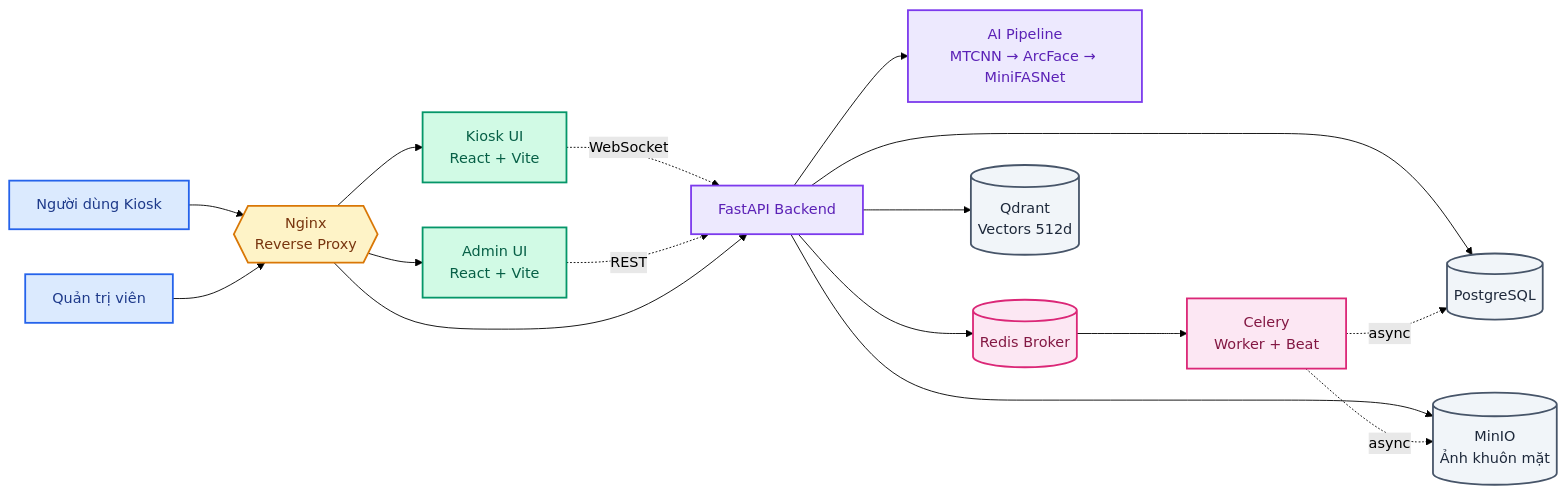
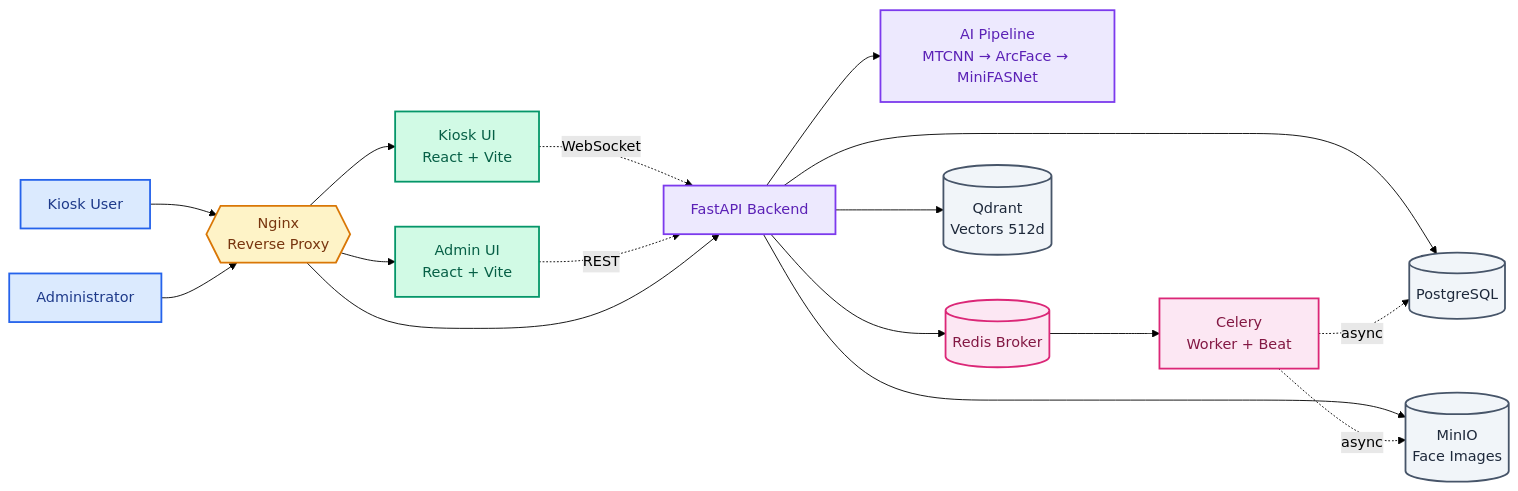
The diagram in README.md (levfu/face-recognition-system), drawn with Mermaid (forest theme) before and after one commit. The commit also changed other lines of this file, not shown here.

````diff
--- a/README.md
+++ b/README.md
@@ -48,50 +48,50 @@
 ```mermaid
 graph LR
-    EU["Người dùng Kiosk"]
-    ADM["Quản trị viên"]
+    EU["Kiosk User"]
+    ADM["Administrator"]
 
     NGINX{{"Nginx<br/>Reverse Proxy"}}
 
     KIOSK["Kiosk UI<br/>React + Vite"]
     ADMINUI["Admin UI<br/>React + Vite"]
 
     API["FastAPI Backend"]
     AI["AI Pipeline<br/>MTCNN → ArcFace → MiniFASNet"]
 
     REDIS[("Redis Broker")]
     CELERY["Celery<br/>Worker + Beat"]
 
     PG[("PostgreSQL")]
     QDRANT[("Qdrant<br/>Vectors 512d")]
-    MINIO[("MinIO<br/>Ảnh khuôn mặt")]
+    MINIO[("MinIO<br/>Face Images")]
 
     EU --> NGINX
     ADM --> NGINX
     NGINX --> KIOSK
     NGINX --> ADMINUI
     KIOSK -. WebSocket .-> API
     ADMINUI -. REST .-> API
     NGINX --> API
     API --> AI
     API --> PG
     API --> QDRANT
     API --> MINIO
     API --> REDIS
     REDIS --> CELERY
     CELERY -. async .-> PG
     CELERY -. async .-> MINIO
 
     classDef user fill:#dbeafe,stroke:#2563eb,color:#1e3a8a,stroke-width:2px
     classDef gate fill:#fef3c7,stroke:#d97706,color:#78350f,stroke-width:2px
     classDef fe fill:#d1fae5,stroke:#059669,color:#065f46,stroke-width:2px
     classDef be fill:#ede9fe,stroke:#7c3aed,color:#5b21b6,stroke-width:2px
     classDef bg fill:#fce7f3,stroke:#db2777,color:#831843,stroke-width:2px
     classDef store fill:#f1f5f9,stroke:#475569,color:#1e293b,stroke-width:2px
 
     class EU,ADM user
     class NGINX gate
     class KIOSK,ADMINUI fe
     class API,AI be
     class REDIS,CELERY bg
     class PG,QDRANT,MINIO store
 ```
````
